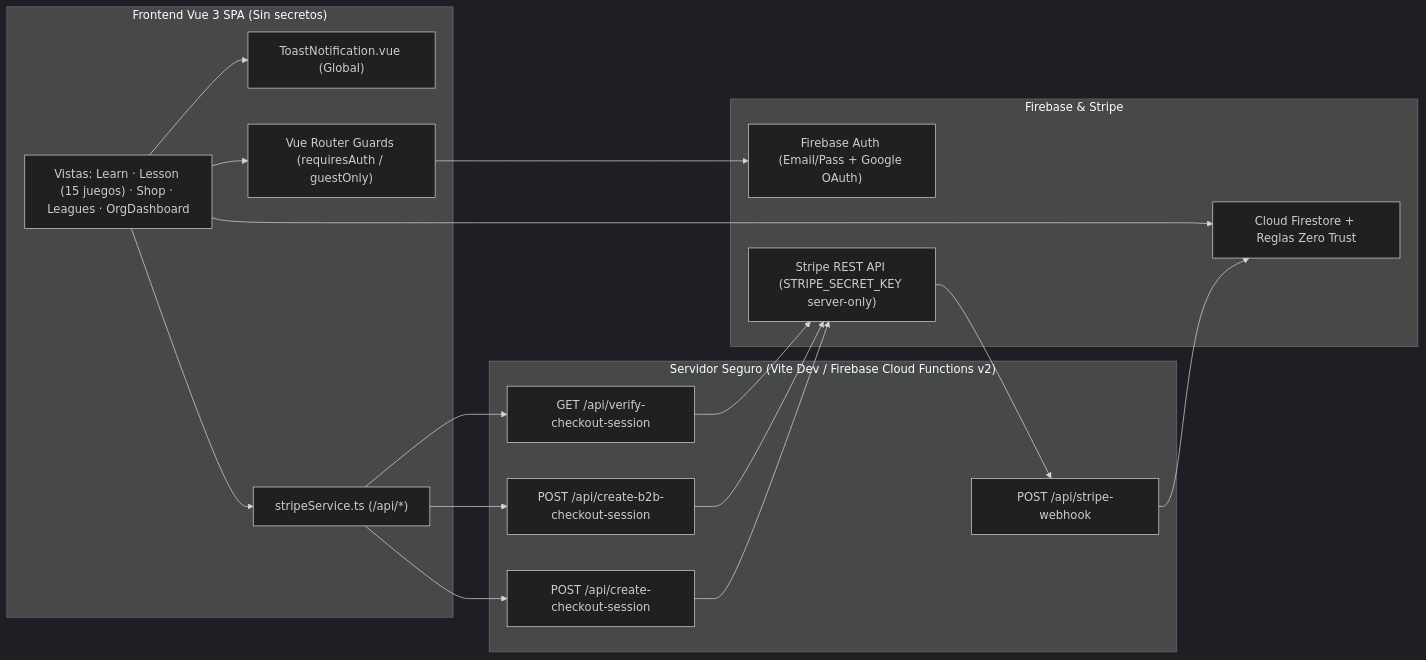
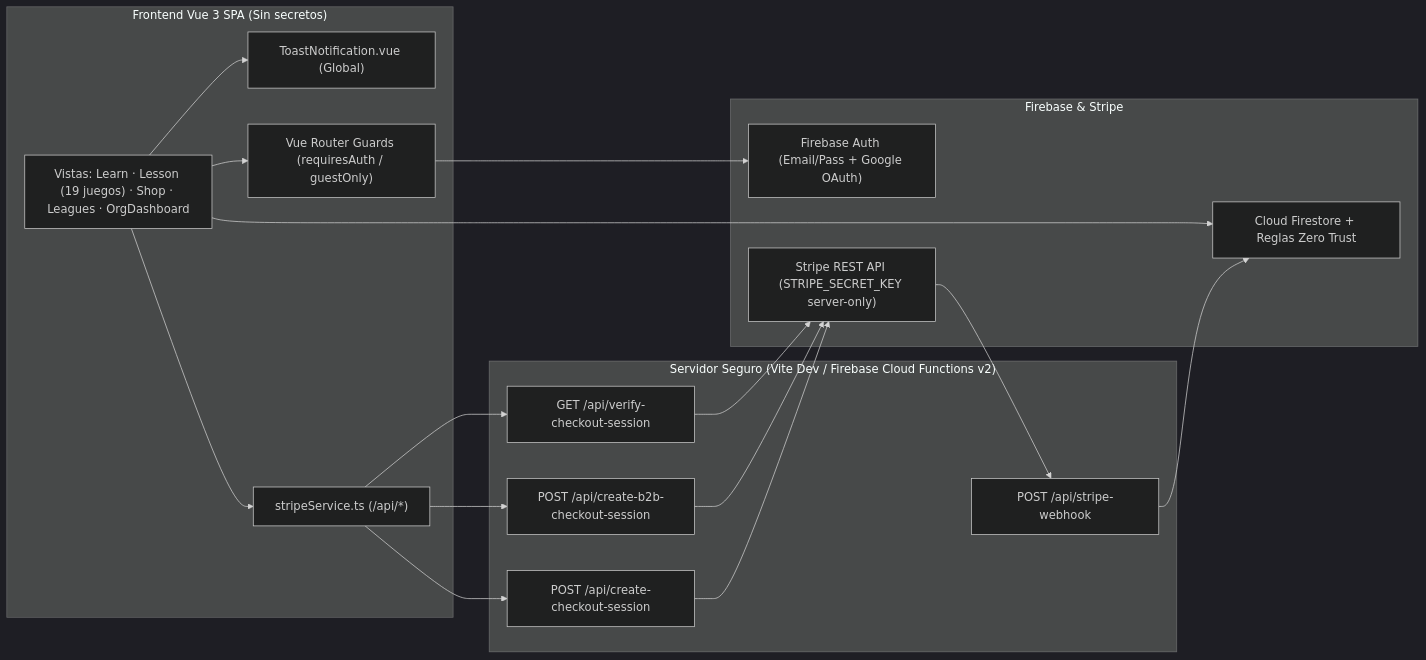
One commit to MichaelBrown1310/SuriLearn changed the diagram in README.md. Above: the diagram before and after it, drawn with Mermaid (dark theme). The commit also changed other lines of this file and 22 other files, not shown here.

Commit message:
chore(release): v0.14.0 - Paleta SuriLearn en juegos previos, mejoras jugables y 4 nuevos juegos clasicos (Curso 8)

````diff
--- a/README.md
+++ b/README.md
@@ -24,29 +24,29 @@
 ```mermaid
 flowchart LR
     subgraph Cliente ["Frontend Vue 3 SPA (Sin secretos)"]
-        UI["Vistas: Learn · Lesson (15 juegos) · Shop · Leagues · OrgDashboard"]
+        UI["Vistas: Learn · Lesson (19 juegos) · Shop · Leagues · OrgDashboard"]
         Toast["ToastNotification.vue (Global)"]
         Guards["Vue Router Guards (requiresAuth / guestOnly)"]
         StripeClient["stripeService.ts (/api/*)"]
     end
 
     subgraph Backend ["Servidor Seguro (Vite Dev / Firebase Cloud Functions v2)"]
         B2C["POST /api/create-checkout-session"]
         B2B["POST /api/create-b2b-checkout-session"]
         Verify["GET /api/verify-checkout-session"]
         Webhook["POST /api/stripe-webhook"]
     end
 
     subgraph Cloud ["Firebase & Stripe"]
         Auth["Firebase Auth (Email/Pass + Google OAuth)"]
         Firestore["Cloud Firestore + Reglas Zero Trust"]
         Stripe["Stripe REST API (STRIPE_SECRET_KEY server-only)"]
     end
 
     UI --> Guards --> Auth
     UI --> Toast
     UI --> StripeClient
     StripeClient --> B2C & B2B & Verify --> Stripe
     Stripe --> Webhook --> Firestore
     UI --> Firestore
 ```
````
